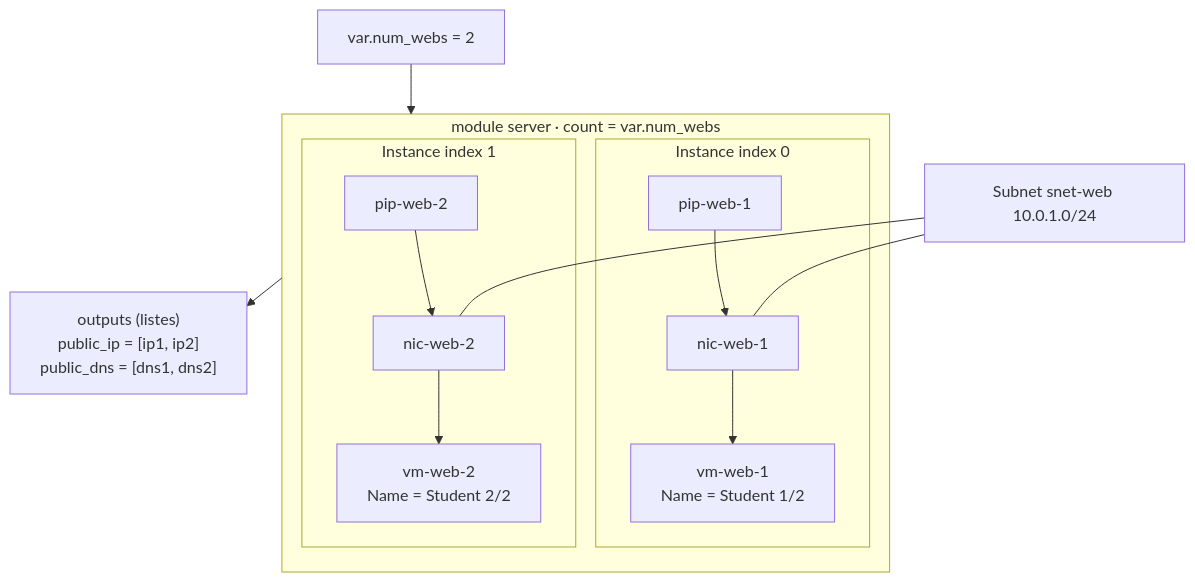
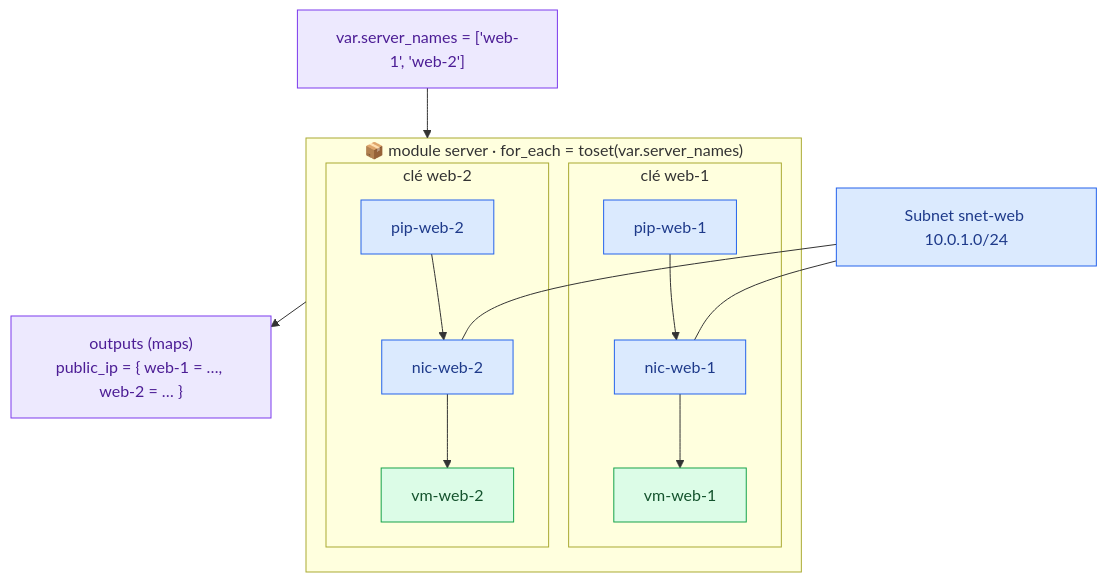
The diagram in lab08-meta-arguments.md (hajjiBel/terraform-azure-labs), drawn with Mermaid before and after one commit. The commit also changed other lines of this file and 158 other files, not shown here.

````diff
--- a/lab08-meta-arguments.md
+++ b/lab08-meta-arguments.md
@@ -16,15 +24,18 @@
 ```mermaid
 flowchart TB
-    VAR["var.num_webs = 2"] --> SRV
-    subgraph SRV["module server · count = var.num_webs"]
-        subgraph I0["Instance index 0"]
-            P0["pip-web-1"] --> N0["nic-web-1"] --> V0["vm-web-1<br/>Name = Student 1/2"]
+    VAR["var.server_names = ['web-1', 'web-2']"]:::tf --> SRV
+    subgraph SRV["📦 module server · for_each = toset(var.server_names)"]
+        subgraph I0["clé web-1"]
+            P0["pip-web-1"]:::net --> N0["nic-web-1"]:::net --> V0["vm-web-1"]:::compute
         end
-        subgraph I1["Instance index 1"]
-            P1["pip-web-2"] --> N1["nic-web-2"] --> V1["vm-web-2<br/>Name = Student 2/2"]
+        subgraph I1["clé web-2"]
+            P1["pip-web-2"]:::net --> N1["nic-web-2"]:::net --> V1["vm-web-2"]:::compute
         end
     end
-    SNET["Subnet snet-web 10.0.1.0/24"] --- N0
+    SNET["Subnet snet-web 10.0.1.0/24"]:::net --- N0
     SNET --- N1
-    SRV --> OUT["outputs (listes)<br/>public_ip = [ip1, ip2]<br/>public_dns = [dns1, dns2]"]
+    SRV --> OUT["outputs (maps)<br/>public_ip = { web-1 = …, web-2 = … }"]:::tf
+    classDef tf fill:#ede9fe,stroke:#7c3aed,color:#4c1d95
+    classDef net fill:#dbeafe,stroke:#2563eb,color:#1e3a8a
+    classDef compute fill:#dcfce7,stroke:#16a34a,color:#14532d
 ```
````
